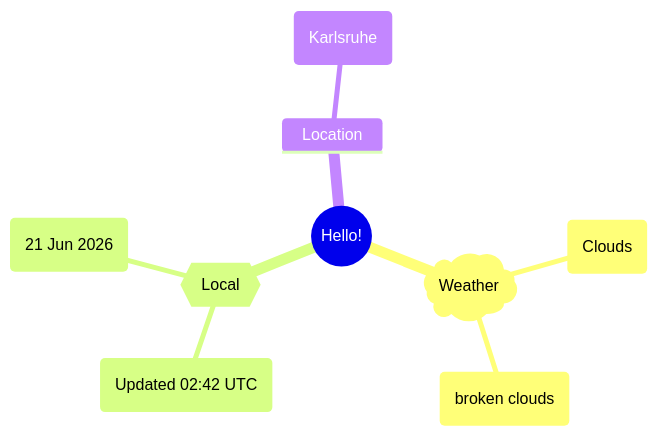
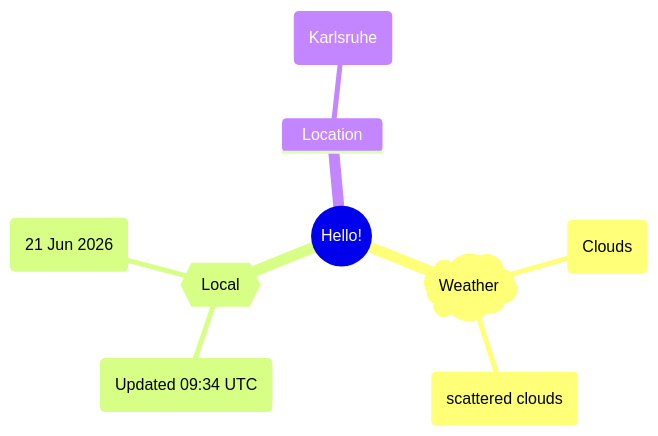
Before and after one commit to Xosrov/Xosrov: the first of 2 diagrams in README.md, drawn with Mermaid.

Commit message:
[bot] updated images

````diff
--- a/README.md
+++ b/README.md
@@ -3,12 +3,12 @@
 ```mermaid
 mindmap
   root((Hello!))
     )Weather(
         (Clouds)
-        (broken clouds)
+        (scattered clouds)
     {{Local}}
-        (Updated 02:42 UTC)
+        (Updated 09:34 UTC)
         (21 Jun 2026)
     Location
         (Karlsruhe)
 ```
````
